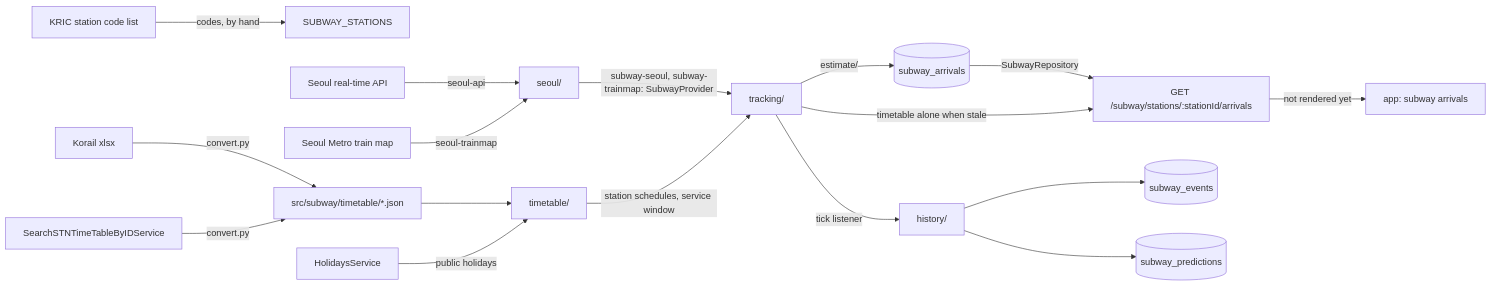
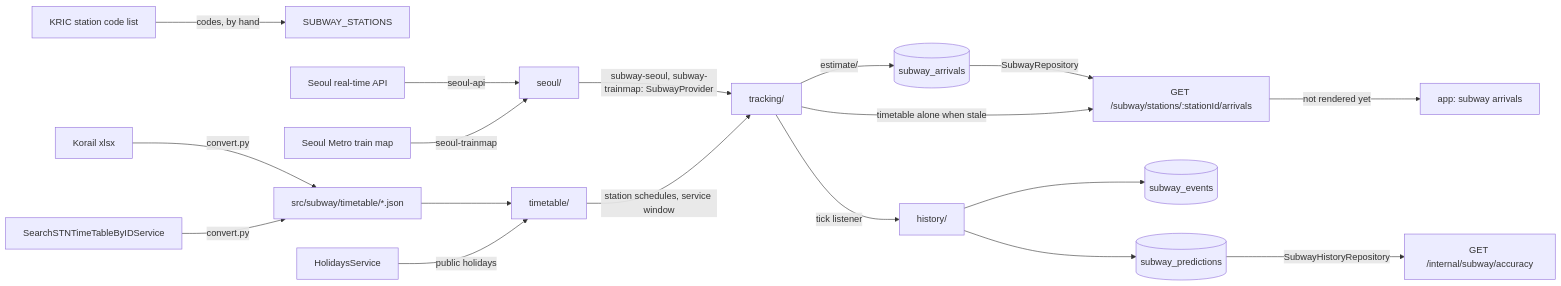
The diagram in docs/explanation/subway-architecture.md (skkuverse/skkuverse-server), drawn with Mermaid before and after one commit. The commit also changed other lines of this file and 11 other files, not shown here.

````diff
--- a/docs/explanation/subway-architecture.md
+++ b/docs/explanation/subway-architecture.md
@@ -70,19 +70,20 @@
 ```mermaid
 flowchart LR
   kric["KRIC station code list"] -->|codes, by hand| stations["SUBWAY_STATIONS"]
   xlsx["Korail xlsx"] -->|convert.py| tt["src/subway/timetable/*.json"]
   seoultt["SearchSTNTimeTableByIDService"] -->|convert.py| tt
   tt --> timetable["timetable/"]
   holidays["HolidaysService"] -->|public holidays| timetable
   seoulapi["Seoul real-time API"] -->|seoul-api| seoul["seoul/"]
   trainmap["Seoul Metro train map"] -->|seoul-trainmap| seoul
   seoul -->|"subway-seoul, subway-trainmap: SubwayProvider"| tracking["tracking/"]
   timetable -->|station schedules, service window| tracking
   tracking -->|estimate/| coll[("subway_arrivals")]
   coll -->|SubwayRepository| route["GET /subway/stations/:stationId/arrivals"]
   tracking -->|timetable alone when stale| route
   route -->|not rendered yet| screen["app: subway arrivals"]
   tracking -->|tick listener| history["history/"]
   history --> events[("subway_events")]
   history --> predictions[("subway_predictions")]
+  predictions -->|SubwayHistoryRepository| report["GET /internal/subway/accuracy"]
 ```
````
